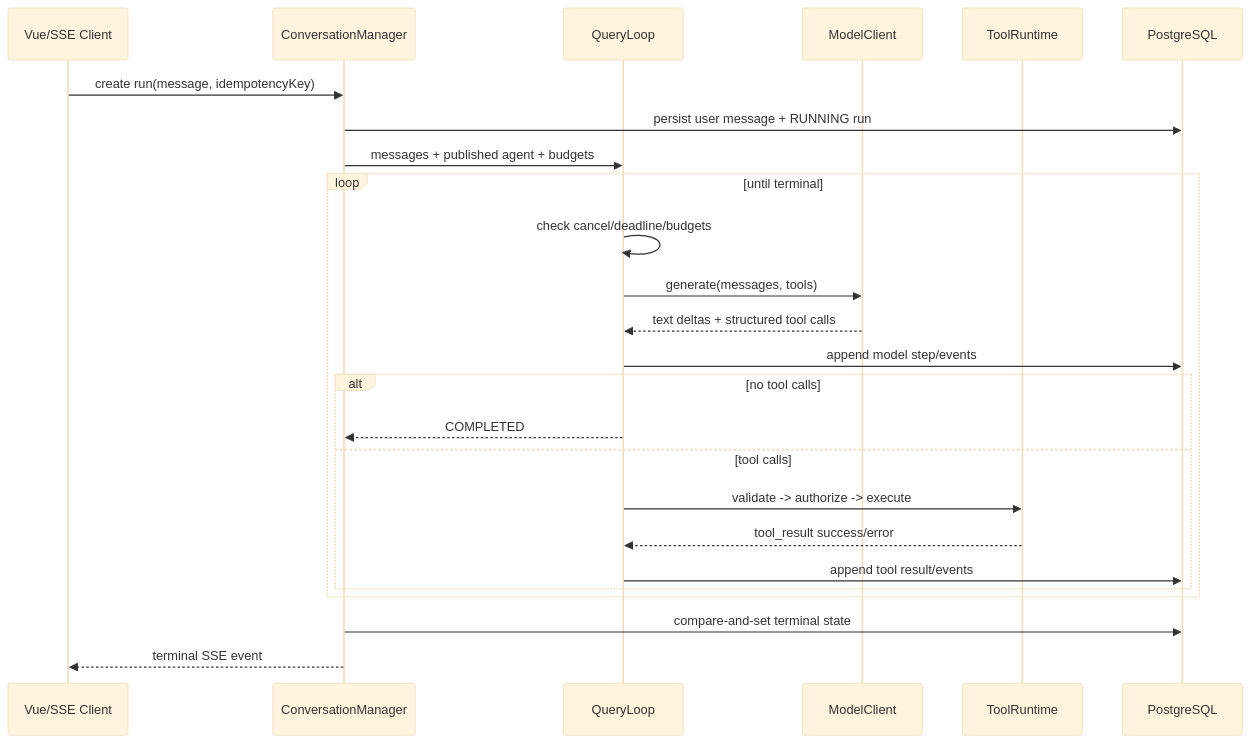
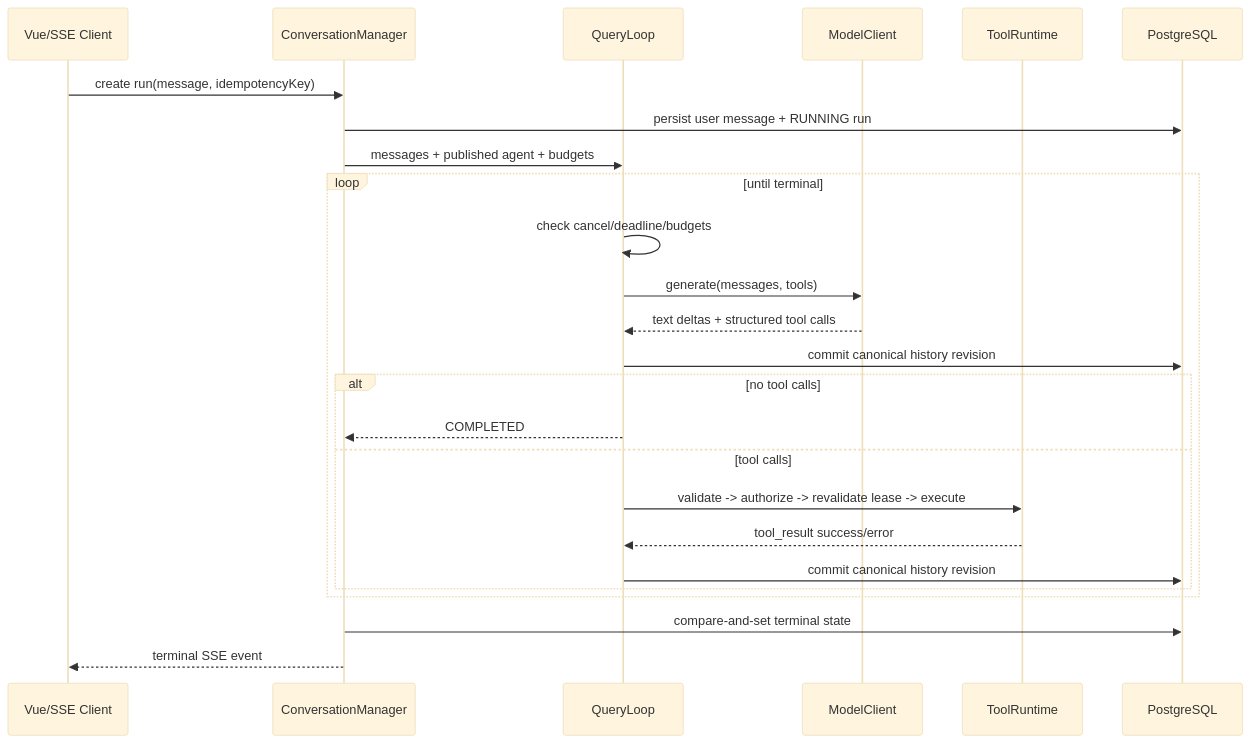
The third of 4 diagrams in docs/ARCHITECTURE.md (royal007a/wb_dify), drawn with Mermaid (base theme) before and after one commit. The commit also changed other lines of this file and 32 other files, not shown here.

Commit message:
feat(runtime): pin capabilities and commit canonical history

````diff
--- a/docs/ARCHITECTURE.md
+++ b/docs/ARCHITECTURE.md
@@ -105,28 +105,28 @@
 ```mermaid
 sequenceDiagram
   participant UI as Vue/SSE Client
   participant CM as ConversationManager
   participant QL as QueryLoop
   participant MC as ModelClient
   participant TR as ToolRuntime
   participant DB as PostgreSQL
 
   UI->>CM: create run(message, idempotencyKey)
   CM->>DB: persist user message + RUNNING run
   CM->>QL: messages + published agent + budgets
   loop until terminal
     QL->>QL: check cancel/deadline/budgets
     QL->>MC: generate(messages, tools)
     MC-->>QL: text deltas + structured tool calls
-    QL->>DB: append model step/events
+    QL->>DB: commit canonical history revision
     alt no tool calls
       QL-->>CM: COMPLETED
     else tool calls
-      QL->>TR: validate -> authorize -> execute
+      QL->>TR: validate -> authorize -> revalidate lease -> execute
       TR-->>QL: tool_result success/error
-      QL->>DB: append tool result/events
+      QL->>DB: commit canonical history revision
     end
   end
   CM->>DB: compare-and-set terminal state
   CM-->>UI: terminal SSE event
 ```
````
